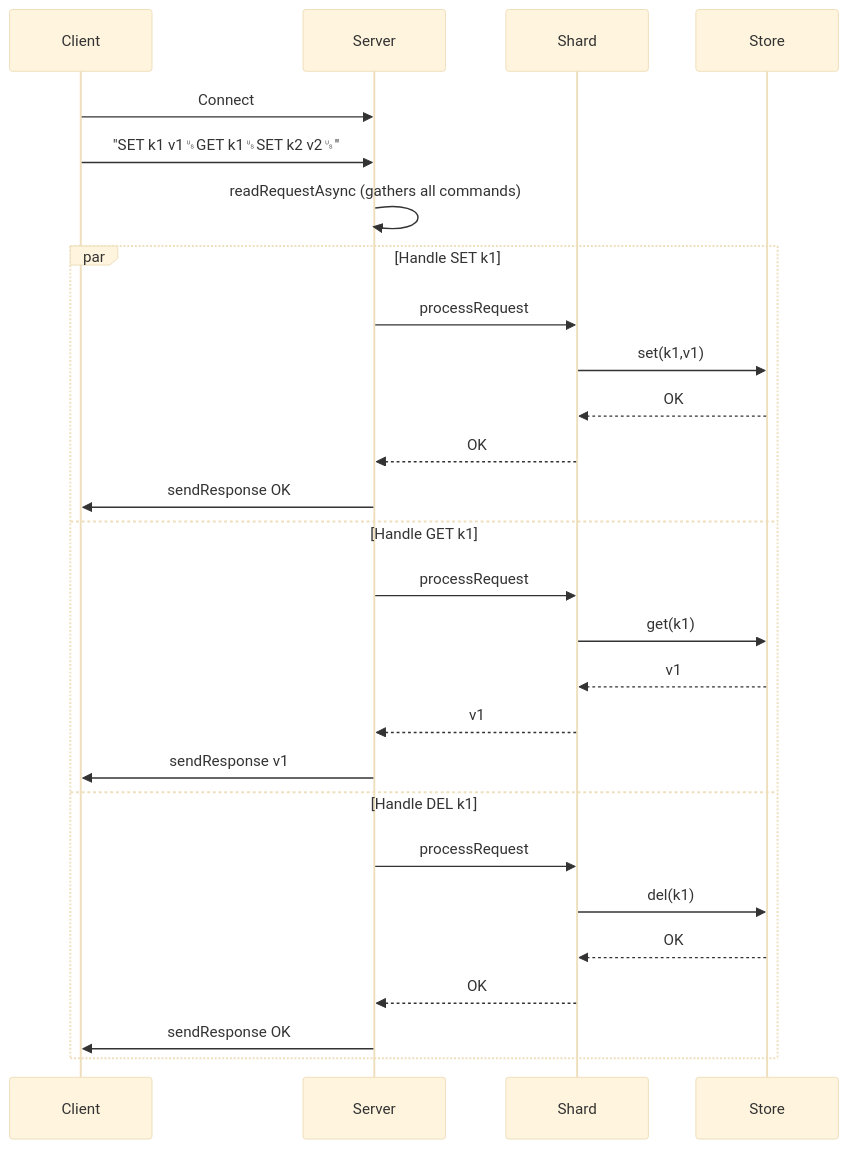
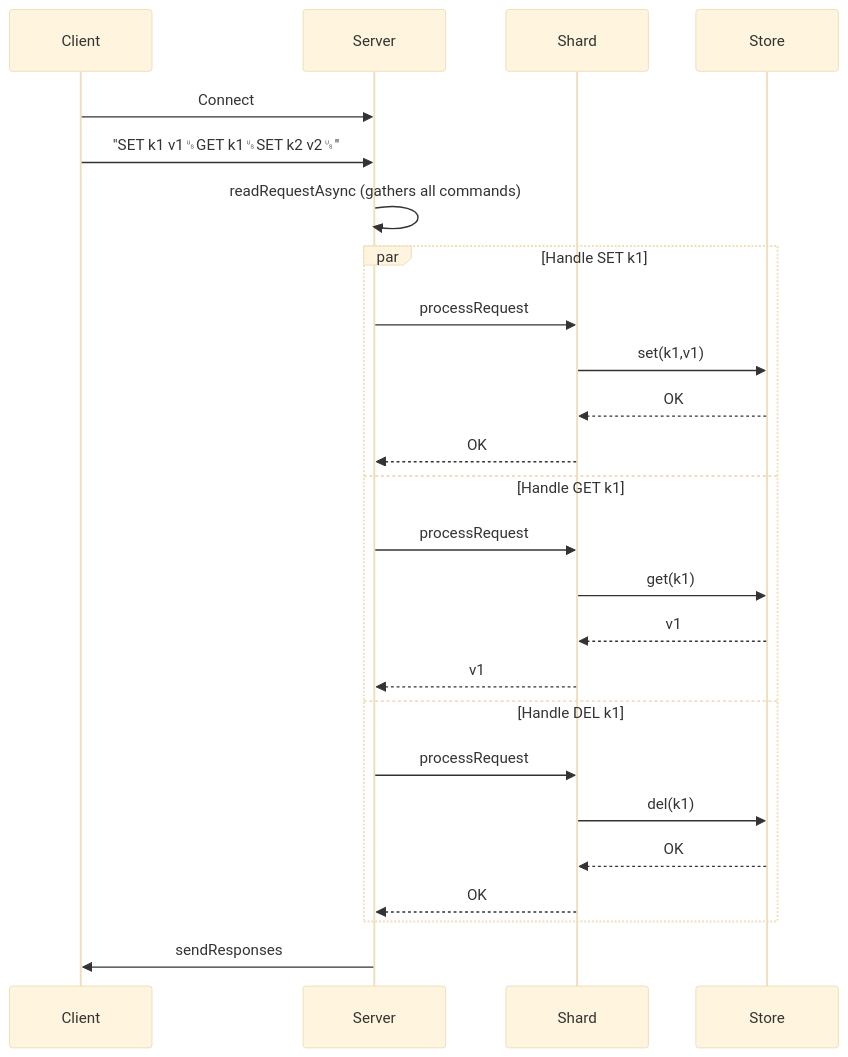
Before and after one commit to MisterVVP/poor-man-s-cache: the third of 4 diagrams in docs/design.md, drawn with Mermaid (base theme). The commit also changed other lines of this file, not shown here.

````diff
--- a/docs/design.md
+++ b/docs/design.md
@@ -44,30 +44,28 @@
 ```mermaid
 sequenceDiagram
     participant Client
     participant Server
     participant Shard
     participant Store
 
     Client->>Server: Connect
     Client->>Server: "SET k1 v1␟GET k1␟SET k2 v2␟"
     Server->>Server: readRequestAsync (gathers all commands)
     par Handle SET k1
         Server->>Shard: processRequest
         Shard->>Store: set(k1,v1)
         Store-->>Shard: OK
         Shard-->>Server: OK
-        Server->>Client: sendResponse OK
     and Handle GET k1
         Server->>Shard: processRequest
         Shard->>Store: get(k1)
         Store-->>Shard: v1
         Shard-->>Server: v1
-        Server->>Client: sendResponse v1
     and Handle DEL k1
         Server->>Shard: processRequest
         Shard->>Store: del(k1)
         Store-->>Shard: OK
         Shard-->>Server: OK
-        Server->>Client: sendResponse OK
     end
+    Server->>Client: sendResponses
 ```
````
